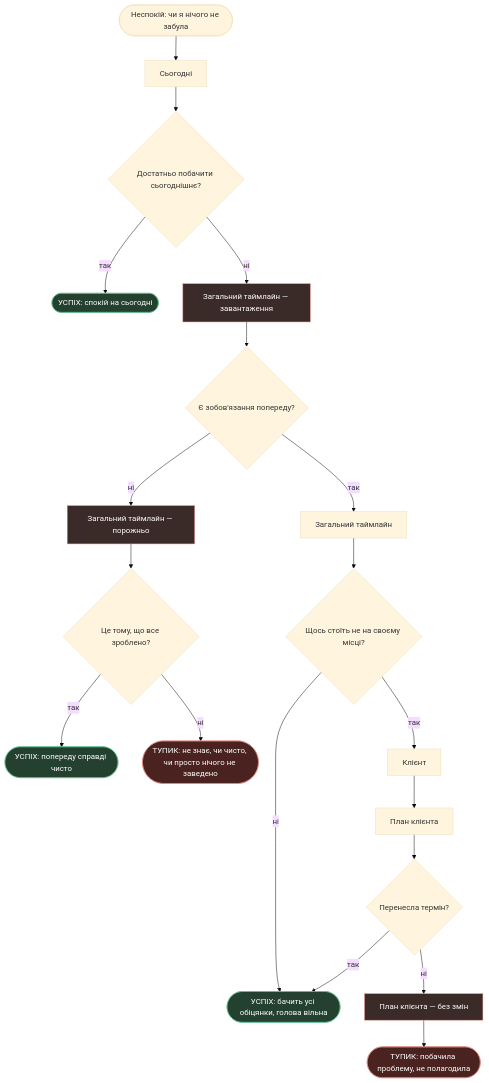
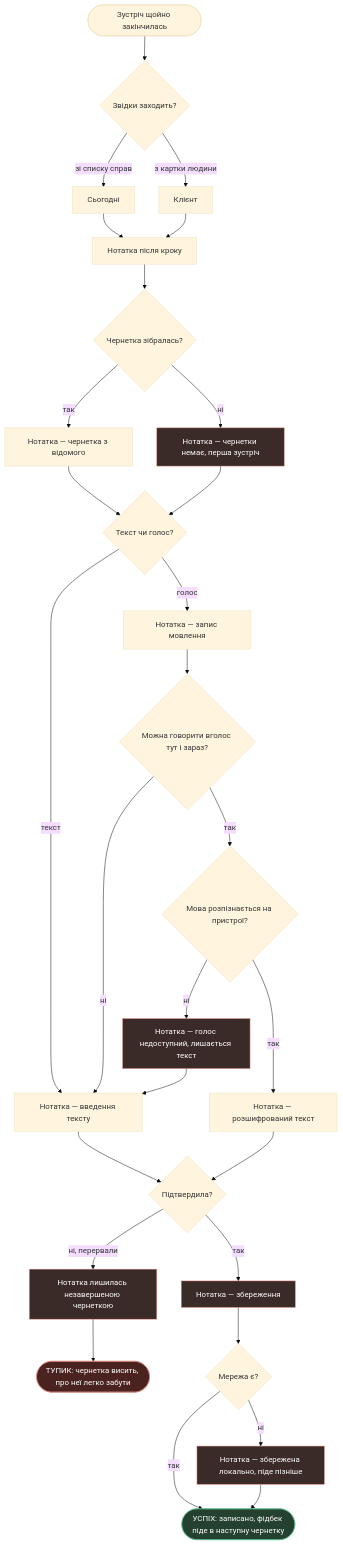
Before and after one commit to OYerokhina/AI_product: the second of 4 diagrams in flows.md, drawn with Mermaid (base theme). The commit also changed other lines of this file and 1 other file, not shown here.

First line of the commit message:
Redraw flows for the original main job and record its dependency

````diff
--- a/flows.md
+++ b/flows.md
@@ -126,28 +119,37 @@
 ```mermaid
 flowchart TD
-    WORRY(["Неспокій: чи я нічого не забула"]) --> TODAY["Сьогодні"]
-    TODAY --> ENOUGH{"Достатньо побачити сьогоднішнє?"}
-    ENOUGH -->|так| OK1(["УСПІХ: спокій на сьогодні"])
-    ENOUGH -->|ні| TL["Загальний таймлайн — завантаження"]
-    TL --> HAS{"Є зобов'язання попереду?"}
-    HAS -->|так| VIEW["Загальний таймлайн"]
-    HAS -->|ні| EMPTY["Загальний таймлайн — порожньо"]
-    EMPTY --> WHY{"Це тому, що все зроблено?"}
-    WHY -->|так| OK2(["УСПІХ: попереду справді чисто"])
-    WHY -->|ні| DEAD1(["ТУПИК: не знає, чи чисто, чи просто нічого не заведено"])
-    VIEW --> WRONG{"Щось стоїть не на своєму місці?"}
-    WRONG -->|ні| OK3(["УСПІХ: бачить усі обіцянки, голова вільна"])
-    WRONG -->|так| CARD["Клієнт"]
-    CARD --> PLAN["План клієнта"]
-    PLAN --> MOVE{"Перенесла термін?"}
-    MOVE -->|так| OK3
-    MOVE -->|ні| STUCK["План клієнта — без змін"]
-    STUCK --> DEAD2(["ТУПИК: побачила проблему, не полагодила"])
+    FIN(["Зустріч щойно закінчилась"]) --> WHERE{"Звідки заходить?"}
+    WHERE -->|зі списку справ| TODAY["Сьогодні"]
+    WHERE -->|з картки людини| CARD["Клієнт"]
+    TODAY --> DRAFT["Нотатка після кроку"]
+    CARD --> DRAFT
+    DRAFT --> HASD{"Чернетка зібралась?"}
+    HASD -->|так| FILLED["Нотатка — чернетка з відомого"]
+    HASD -->|ні| BLANK["Нотатка — чернетки немає, перша зустріч"]
+    FILLED --> INPUT{"Текст чи голос?"}
+    BLANK --> INPUT
+    INPUT -->|текст| TYPE["Нотатка — введення тексту"]
+    INPUT -->|голос| REC["Нотатка — запис мовлення"]
+    REC --> ALONE{"Можна говорити вголос тут і зараз?"}
+    ALONE -->|ні| TYPE
+    ALONE -->|так| LANG{"Мова розпізнається на пристрої?"}
+    LANG -->|ні| FALL["Нотатка — голос недоступний, лишається текст"]
+    FALL --> TYPE
+    LANG -->|так| DEC["Нотатка — розшифрований текст"]
+    TYPE --> CONF{"Підтвердила?"}
+    DEC --> CONF
+    CONF -->|ні, перервали| KEPT["Нотатка лишилась незавершеною чернеткою"]
+    KEPT --> DEAD1(["ТУПИК: чернетка висить, про неї легко забути"])
+    CONF -->|так| SAVE["Нотатка — збереження"]
+    SAVE --> NET{"Мережа є?"}
+    NET -->|ні| QUEUE["Нотатка — збережена локально, піде пізніше"]
+    NET -->|так| OK(["УСПІХ: записано, фідбек піде в наступну чернетку"])
+    QUEUE --> OK
 
     classDef state fill:#3a2a28,stroke:#E08A80,color:#ffffff
     classDef dead fill:#4a2320,stroke:#E08A80,color:#ffffff
     classDef ok fill:#24402f,stroke:#5FBF92,color:#ffffff
-    class TL,EMPTY,STUCK state
-    class DEAD1,DEAD2 dead
-    class OK1,OK2,OK3 ok
+    class BLANK,FALL,SAVE,QUEUE,KEPT state
+    class DEAD1 dead
+    class OK ok
 ```
````
